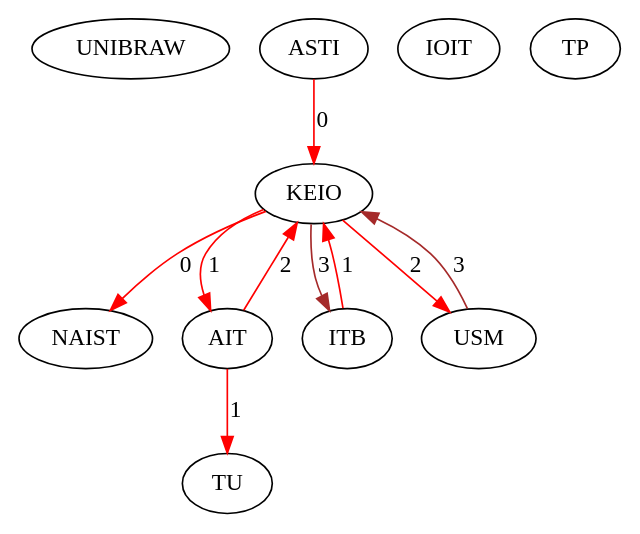
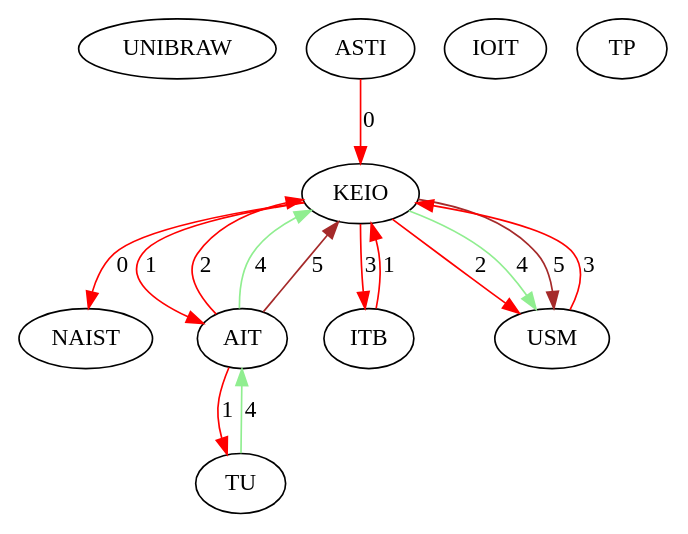
Before and after one commit to Hebbe1234/ExpectAll: the diagram in src/assignedGraphs/assigned.dot, drawn with Graphviz. The commit also changed 3 other files, not shown here.

```diff
--- a/src/assignedGraphs/assigned.dot
+++ b/src/assignedGraphs/assigned.dot
@@ -1,21 +1,26 @@
 digraph  {
 0 [Internal=1, id=0, label=UNIBRAW];
 1 [Internal=1, id=1, label=NAIST];
 2 [Internal=1, id=2, label=KEIO];
 3 [Internal=1, id=3, label=IOIT];
 4 [Internal=1, id=4, label=ASTI];
 5 [Internal=1, id=5, label=TU];
 6 [Internal=1, id=6, label=AIT];
 7 [Internal=1, id=7, label=ITB];
 8 [Internal=1, id=8, label=TP];
 9 [Internal=1, id=9, label=USM];
 2 -> 1  [color=red, key=0, label=0];
 2 -> 6  [color=red, key=0, label=1];
-2 -> 7  [color=brown, key=0, label=3];
+2 -> 7  [color=red, key=0, label=3];
 2 -> 9  [color=red, key=0, label=2];
+2 -> 9  [color=lightgreen, key=1, label=4];
+2 -> 9  [color=brown, key=2, label=5];
 4 -> 2  [color=red, key=0, label=0];
+5 -> 6  [color=lightgreen, key=0, label=4];
 6 -> 2  [color=red, key=0, label=2];
+6 -> 2  [color=lightgreen, key=1, label=4];
+6 -> 2  [color=brown, key=2, label=5];
 6 -> 5  [color=red, key=0, label=1];
 7 -> 2  [color=red, key=0, label=1];
-9 -> 2  [color=brown, key=0, label=3];
+9 -> 2  [color=red, key=0, label=3];
 }
```
